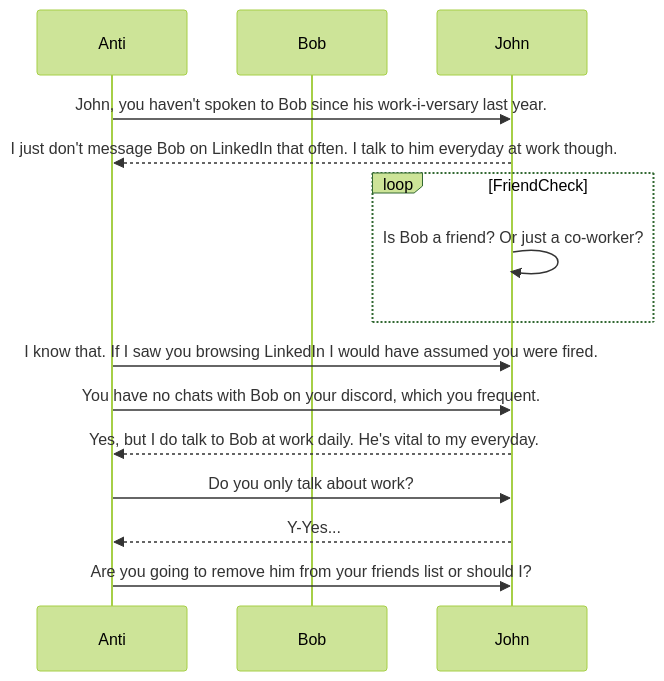
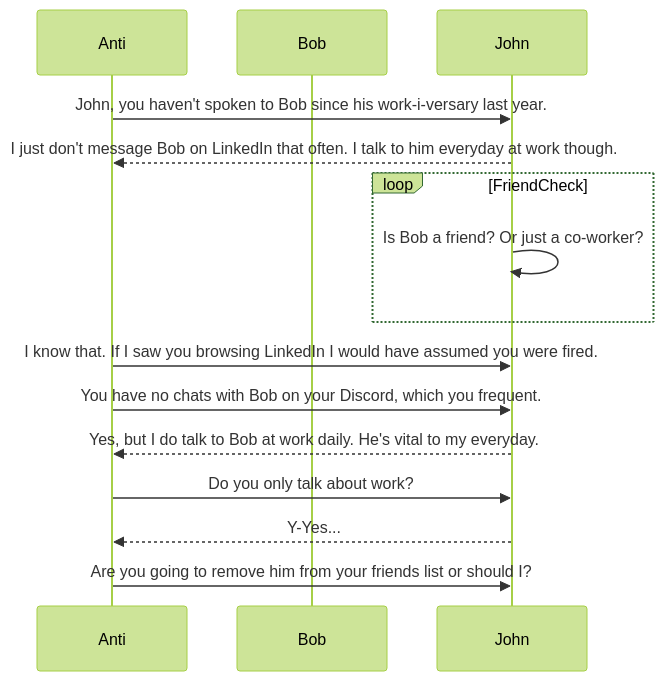
The first of 5 diagrams in docs/Design.md (Dev-Laurin/antisocial), drawn with Mermaid (forest theme) before and after one commit.

````diff
--- a/docs/Design.md
+++ b/docs/Design.md
@@ -14,16 +14,16 @@
 ```mermaid
 sequenceDiagram
     participant Anti
     participant Bob
     Anti->>John: John, you haven't spoken to Bob since his work-i-versary last year.
     John-->>Anti: I just don't message Bob on LinkedIn that often. I talk to him everyday at work though.
     loop FriendCheck
         John->>John: Is Bob a friend? Or just a co-worker?
     end
     Anti->>John: I know that. If I saw you browsing LinkedIn I would have assumed you were fired.
-    Anti->>John: You have no chats with Bob on your discord, which you frequent.
+    Anti->>John: You have no chats with Bob on your Discord, which you frequent.
     John-->>Anti: Yes, but I do talk to Bob at work daily. He's vital to my everyday.
     Anti->>John: Do you only talk about work?
     John-->>Anti: Y-Yes...
     Anti->>John: Are you going to remove him from your friends list or should I?
 ```
````
